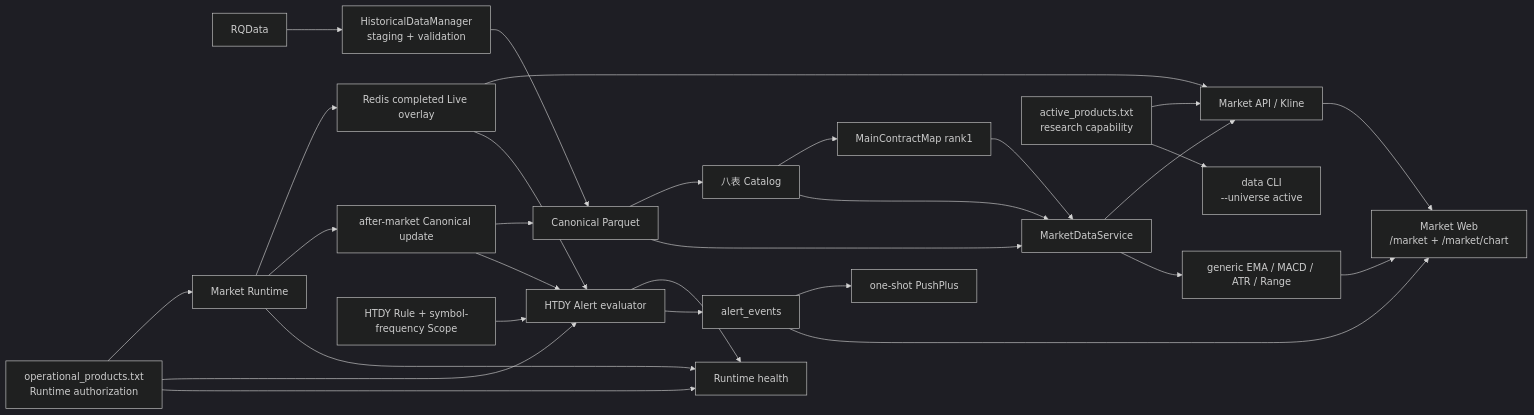
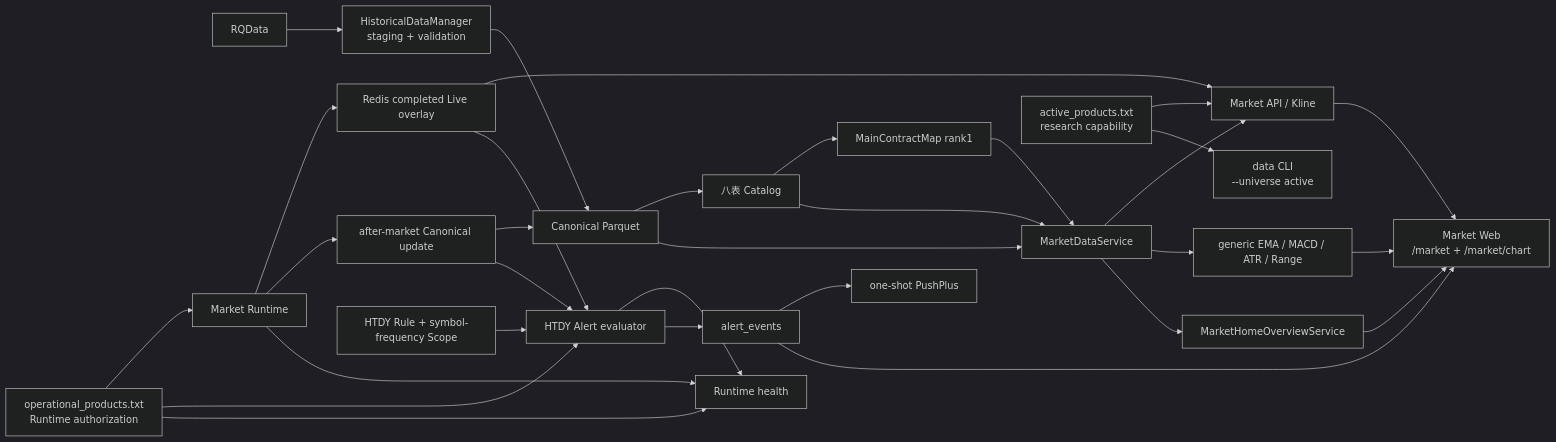
The diagram in docs/ARCHITECTURE.md (firehell/guiyi-quant-workstation), drawn with Mermaid (dark theme) before and after one commit. The commit also changed other lines of this file and 4 other files, not shown here.

Commit message:
docs: activate market home overview contract

````diff
--- a/docs/ARCHITECTURE.md
+++ b/docs/ARCHITECTURE.md
@@ -7,33 +7,35 @@
 ```mermaid
 flowchart LR
   RQ[RQData] --> HDM[HistoricalDataManager<br/>staging + validation]
   HDM --> CP[Canonical Parquet]
   CP --> CAT[八表 Catalog]
   CAT --> MCM[MainContractMap rank1]
   CP --> MDS[MarketDataService]
   CAT --> MDS
   MCM --> MDS
 
   ACTIVE[active_products.txt<br/>research capability] --> MARKET[Market API / Kline]
   ACTIVE --> DCLI[data CLI<br/>--universe active]
   MDS --> MARKET
   MDS --> IND[generic EMA / MACD / ATR / Range]
   MARKET --> WEB[Market Web<br/>/market + /market/chart]
   IND --> WEB
+  MDS --> HOME[MarketHomeOverviewService]
+  HOME --> WEB
 
   OPS[operational_products.txt<br/>Runtime authorization] --> MR[Market Runtime]
   OPS --> AE[HTDY Alert evaluator]
   OPS --> HEALTH[Runtime health]
   MR --> LIVE[Redis completed Live overlay]
   MR --> EOD[after-market Canonical update]
   MR --> HEALTH
   LIVE --> MARKET
   LIVE --> AE
   EOD --> CP
   EOD --> AE
   RULE[HTDY Rule + symbol-frequency Scope] --> AE
   AE --> HEALTH
   AE --> EVENT[alert_events]
   EVENT --> PUSH[one-shot PushPlus]
   EVENT --> WEB
 ```
````
